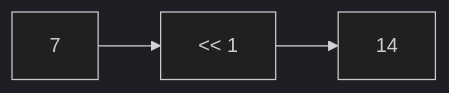
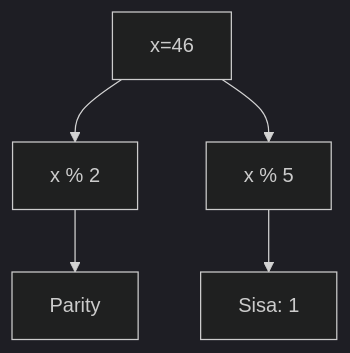
Before and after one commit to amnahwaida/OSNK_INF_PREP: the first of 25 diagrams in part-c-pemahaman-cpp/06-bitwise/latihan/set-08.md, drawn with Mermaid (dark theme). The commit also changed other lines of this file and 71 other files, not shown here.

````diff
--- a/part-c-pemahaman-cpp/06-bitwise/latihan/set-08.md
+++ b/part-c-pemahaman-cpp/06-bitwise/latihan/set-08.md
@@ -23,5 +23,7 @@
 ```mermaid
-graph LR
-    A[7] --> B["<< 1"]
-    B --> C[14]
+graph TD
+A[x=46] --> B[x % 2]
+B --> C[Parity]
+A --> D[x % 5]
+D --> E[Sisa: 1]
 ```
````
